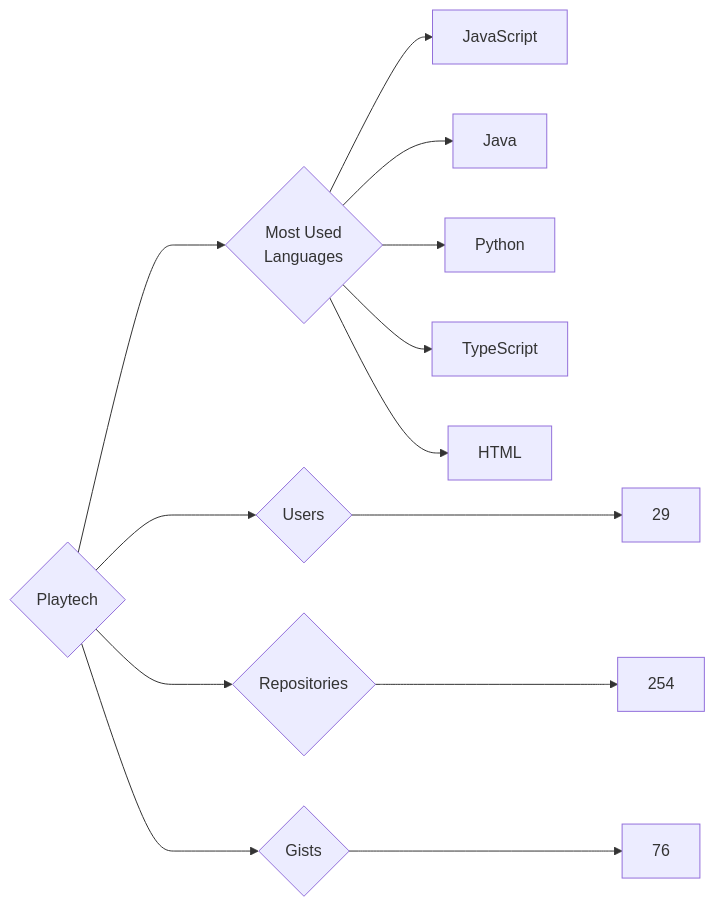
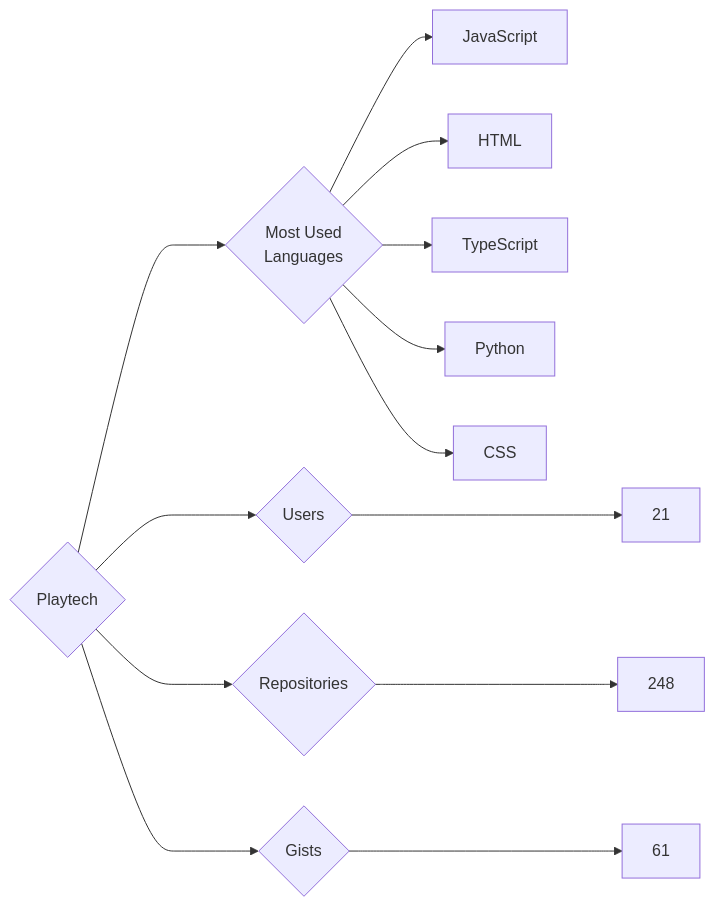
One commit to trickest/insiders changed the diagram in targets/Playtech/README.md. Above: the diagram before and after it, drawn with Mermaid. The commit also changed 886 other files, not shown here.

````diff
--- a/targets/Playtech/README.md
+++ b/targets/Playtech/README.md
@@ -3,13 +3,13 @@
 ```mermaid
 graph LR
 COMPANY_NAME{Playtech}
-COMPANY_NAME ---> U{Users} ---> UN[29]
-COMPANY_NAME ---> R{Repositories} ---> RN[254]
-COMPANY_NAME ---> G{Gists} ---> GN[76]
+COMPANY_NAME ---> U{Users} ---> UN[21]
+COMPANY_NAME ---> R{Repositories} ---> RN[248]
+COMPANY_NAME ---> G{Gists} ---> GN[61]
 COMPANY_NAME ---> ML{Most Used<br>Languages}
 ML --> JavaScript[JavaScript]
-ML --> Java[Java]
+ML --> HTML[HTML]
+ML --> TypeScript[TypeScript]
 ML --> Python[Python]
-ML --> TypeScript[TypeScript]
-ML --> HTML[HTML]
+ML --> CSS[CSS]
 ```
````
